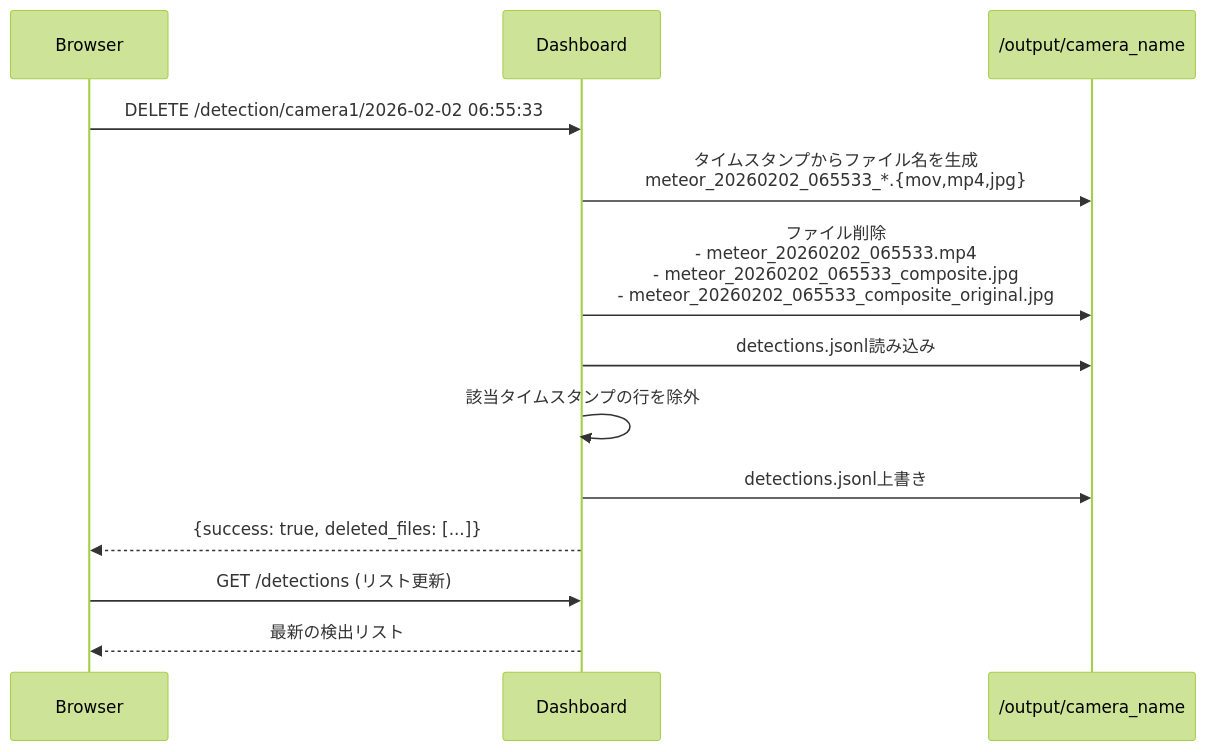
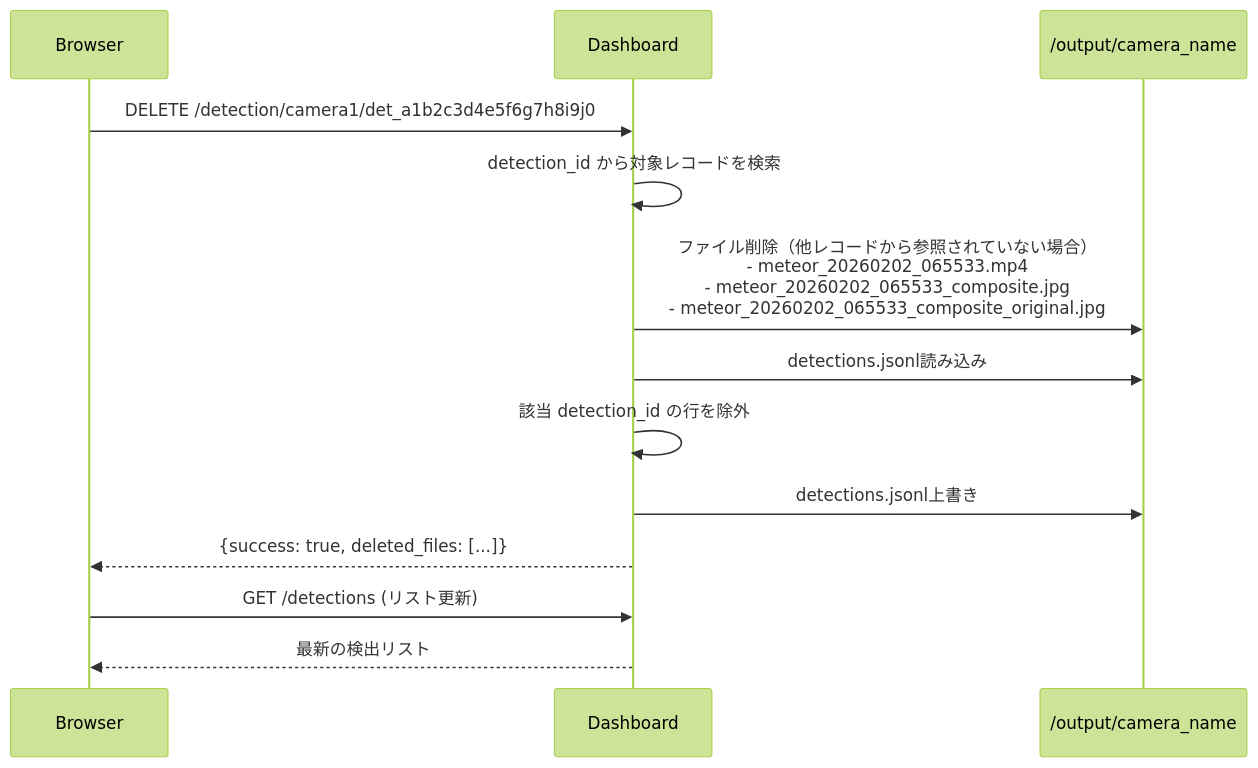
One commit to Masakai/meteo changed the sixth of 6 diagrams in documents/ARCHITECTURE.md. Above: the diagram before and after it, drawn with Mermaid (forest theme). The commit also changed other lines of this file and 9 other files, not shown here.

````diff
--- a/documents/ARCHITECTURE.md
+++ b/documents/ARCHITECTURE.md
@@ -210,21 +242,21 @@
 ```mermaid
 sequenceDiagram
     participant Browser
     participant Dashboard
     participant Storage as /output/camera_name
 
-    Browser->>Dashboard: DELETE /detection/camera1/2026-02-02 06:55:33
+    Browser->>Dashboard: DELETE /detection/camera1/det_a1b2c3d4e5f6g7h8i9j0
 
-    Dashboard->>Storage: タイムスタンプからファイル名を生成<br/>meteor_20260202_065533_*.{mov,mp4,jpg}
+    Dashboard->>Dashboard: detection_id から対象レコードを検索
 
-    Dashboard->>Storage: ファイル削除<br/>- meteor_20260202_065533.mp4<br/>- meteor_20260202_065533_composite.jpg<br/>- meteor_20260202_065533_composite_original.jpg
+    Dashboard->>Storage: ファイル削除（他レコードから参照されていない場合）<br/>- meteor_20260202_065533.mp4<br/>- meteor_20260202_065533_composite.jpg<br/>- meteor_20260202_065533_composite_original.jpg
 
     Dashboard->>Storage: detections.jsonl読み込み
-    Dashboard->>Dashboard: 該当タイムスタンプの行を除外
+    Dashboard->>Dashboard: 該当 detection_id の行を除外
     Dashboard->>Storage: detections.jsonl上書き
 
     Dashboard-->>Browser: {success: true, deleted_files: [...]}
 
     Browser->>Dashboard: GET /detections (リスト更新)
     Dashboard-->>Browser: 最新の検出リスト
 ```
````
